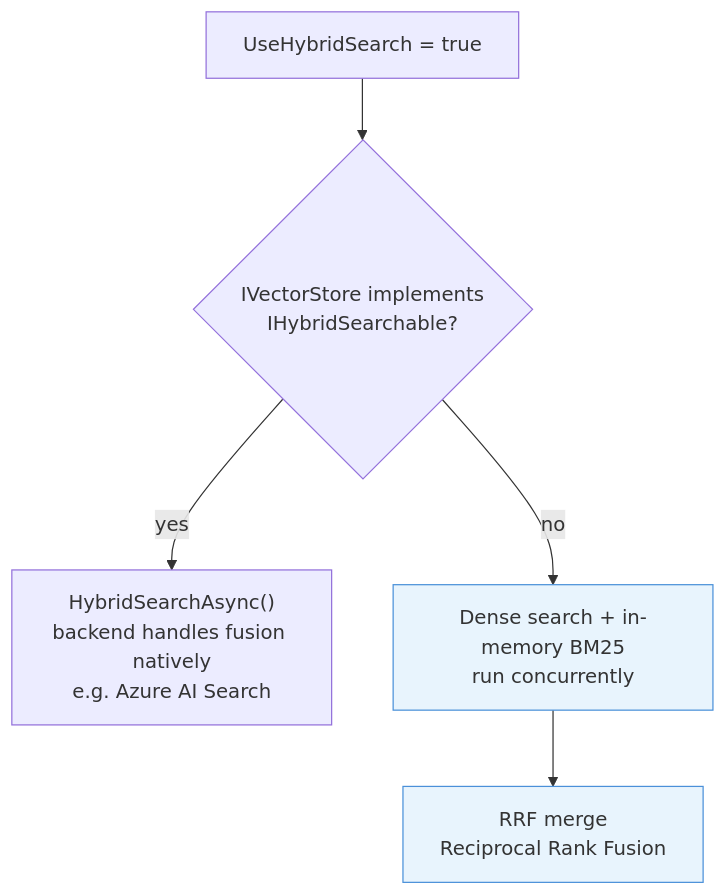
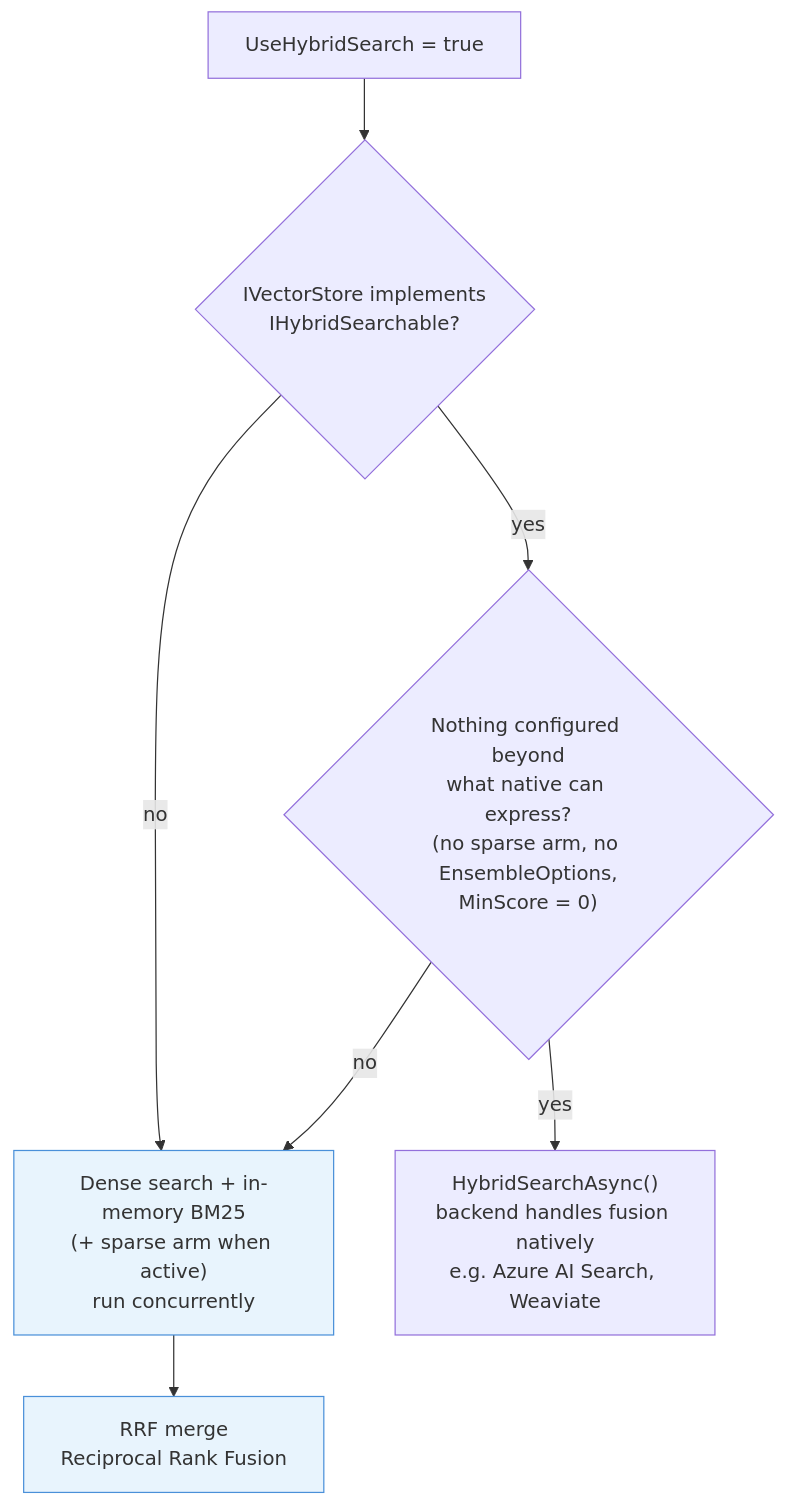
The first of 7 diagrams in docs/guide/retrieval.md (MarcelRoozekrans/Rag.NET), drawn with Mermaid before and after one commit. The commit also changed other lines of this file and 3 other files, not shown here.

First line of the commit message:
docs(retrieval): document which mechanism serves UseHybridSearch on each store

````diff
--- a/docs/guide/retrieval.md
+++ b/docs/guide/retrieval.md
@@ -126,10 +126,12 @@
 ```mermaid
 flowchart TD
     Q["UseHybridSearch = true"] --> CHECK{IVectorStore implements<br>IHybridSearchable?}
-    CHECK -- yes --> NATIVE["HybridSearchAsync()<br>backend handles fusion natively<br>e.g. Azure AI Search"]
-    CHECK -- no --> FALLBACK["Dense search + in-memory BM25<br>run concurrently"]
+    CHECK -- yes --> EXPR{"Nothing configured beyond<br>what native can express?<br>(no sparse arm, no EnsembleOptions,<br>MinScore = 0)"}
+    CHECK -- no --> FALLBACK["Dense search + in-memory BM25<br>(+ sparse arm when active)<br>run concurrently"]
+    EXPR -- yes --> NATIVE["HybridSearchAsync()<br>backend handles fusion natively<br>e.g. Azure AI Search, Weaviate"]
+    EXPR -- no --> FALLBACK
     FALLBACK --> RRF["RRF merge<br>Reciprocal Rank Fusion"]
 
     style FALLBACK fill:#e8f4fd,stroke:#4a90d9
     style RRF fill:#e8f4fd,stroke:#4a90d9
 ```
````
